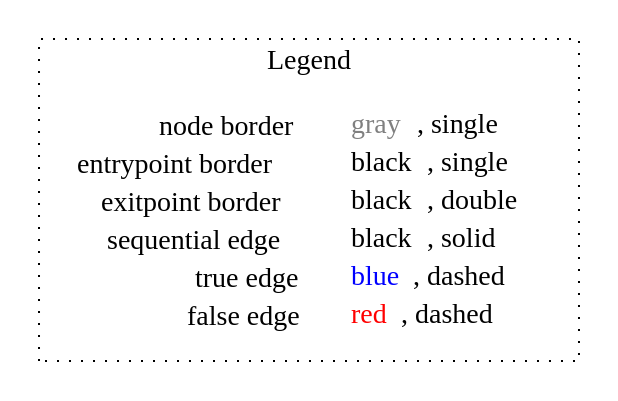
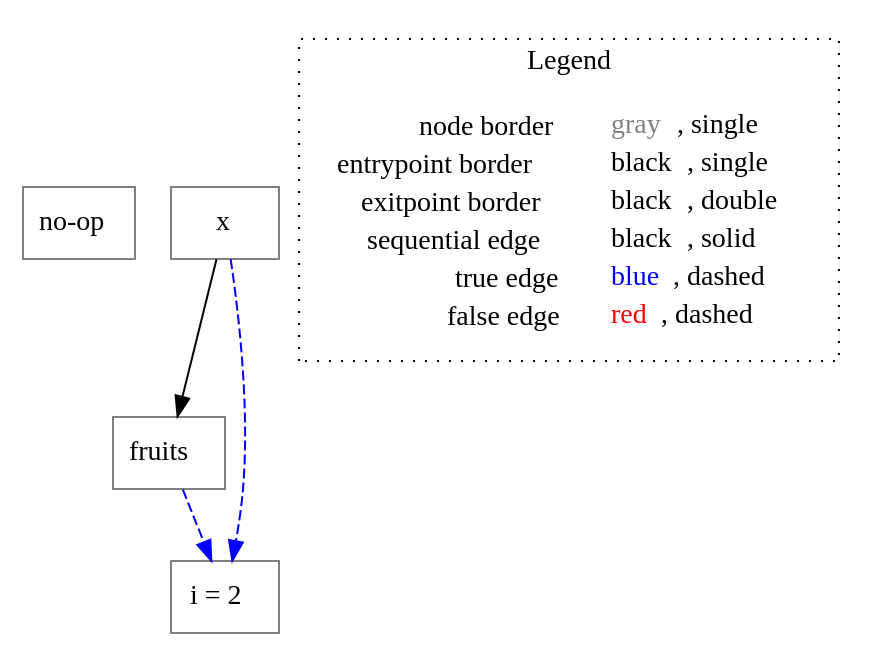
The diagram in pylisa/workdir/untyped__repr_info().dot (lisa-analyzer/pylisa), drawn with Graphviz before and after one commit. The commit also changed 4 other files, not shown here.

```diff
--- a/pylisa/workdir/untyped__repr_info().dot
+++ b/pylisa/workdir/untyped__repr_info().dot
@@ -1,9 +1,16 @@
 digraph {
+	"node0" [shape="rect",color="gray",label=<no-op>];
+	"node1" [shape="rect",color="gray",label=<x>];
+	"node2" [shape="rect",color="gray",label=<fruits>];
+	"node3" [shape="rect",color="gray",label=<i = 2>];
+	"node1" -> "node2" [color="black"];
+	"node1" -> "node3" [color="blue",style="dashed"];
+	"node2" -> "node3" [color="blue",style="dashed"];
 subgraph cluster_legend {
 	label="Legend";
 	style=dotted;
 	node [shape=plaintext];
 	"legend" [label=<<table border="0" cellpadding="2" cellspacing="0" cellborder="0"><tr><td align="right">node border&nbsp;</td><td align="left"><font color="gray">gray</font>, single</td></tr><tr><td align="right">entrypoint border&nbsp;</td><td align="left"><font color="black">black</font>, single</td></tr><tr><td align="right">exitpoint border&nbsp;</td><td align="left"><font color="black">black</font>, double</td></tr><tr><td align="right">sequential edge&nbsp;</td><td align="left"><font color="black">black</font>, solid</td></tr><tr><td align="right">true edge&nbsp;</td><td align="left"><font color="blue">blue</font>, dashed</td></tr><tr><td align="right">false edge&nbsp;</td><td align="left"><font color="red">red</font>, dashed</td></tr></table>>];
 }
 
 }
```
